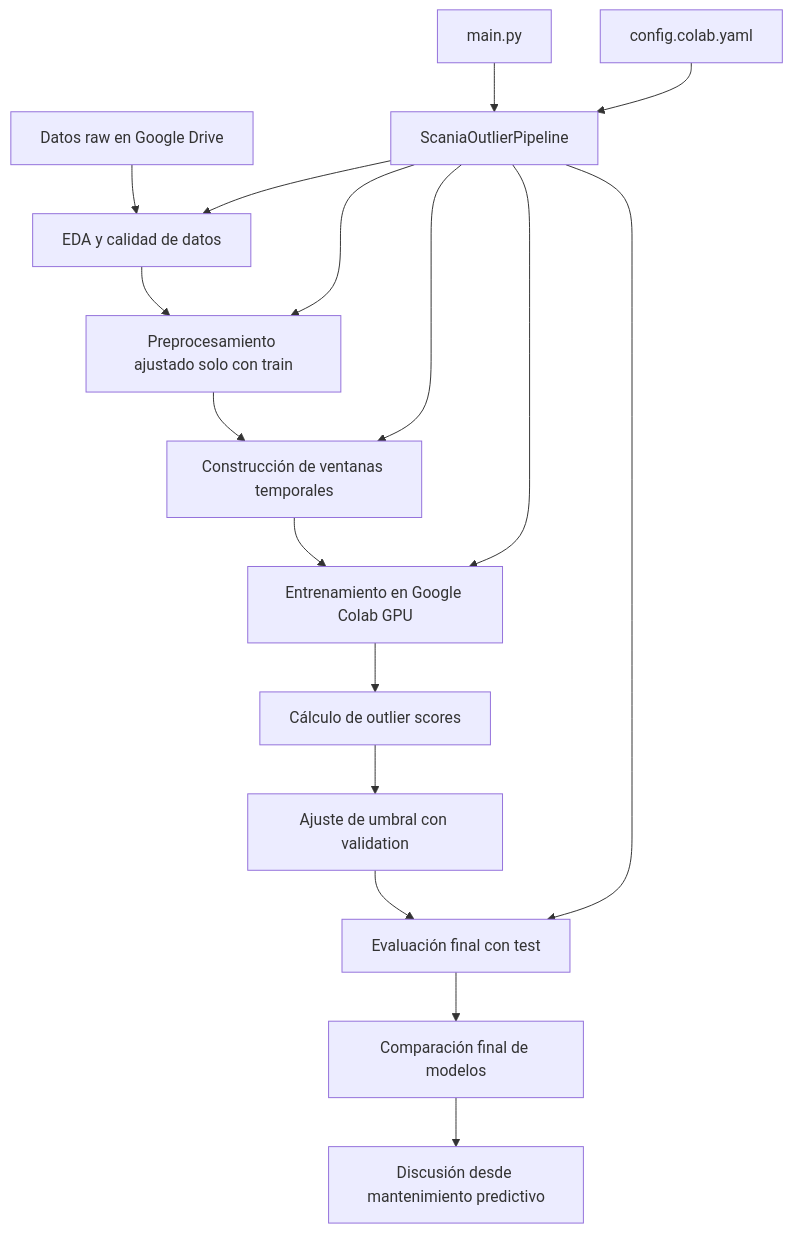
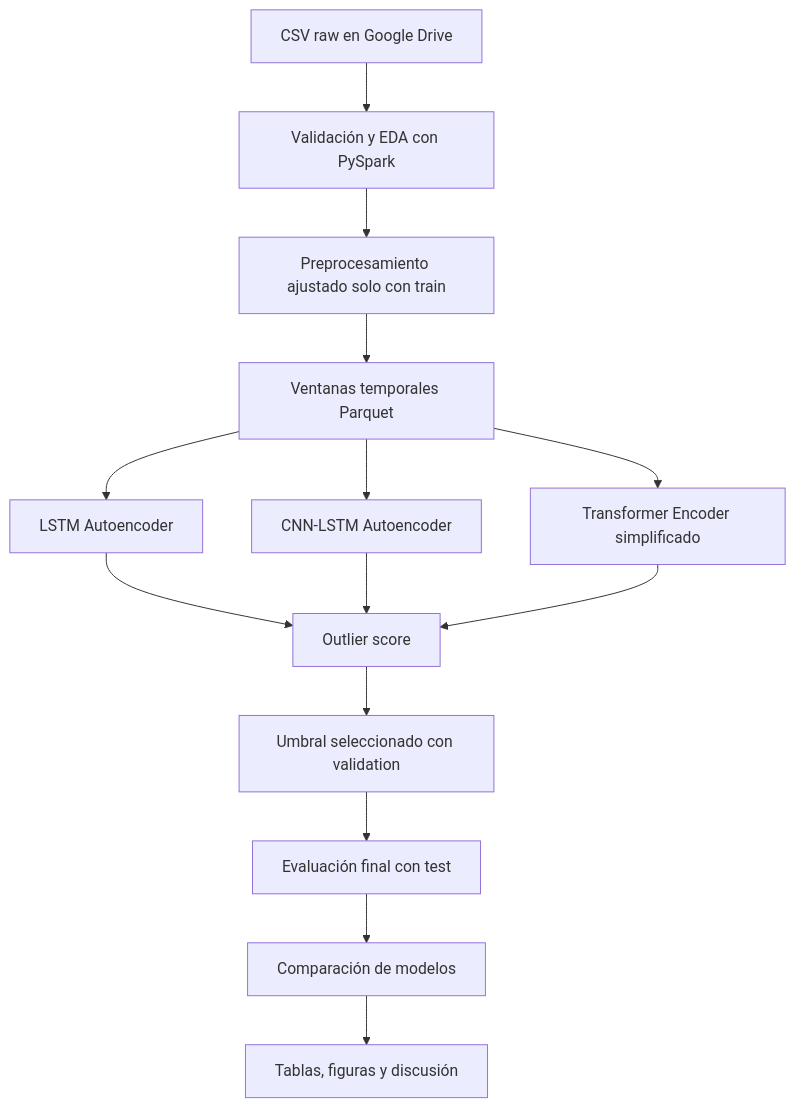
Before and after one commit to ajvilleg10/scania-component-x-outlier-detection: the diagram in scania-component-x-outlier-detection/docs/diagrams/fig_6_1_flujo_metodologico.mmd, drawn with Mermaid. The commit also changed 52 other files, not shown here.

```diff
--- a/scania-component-x-outlier-detection/docs/diagrams/fig_6_1_flujo_metodologico.mmd
+++ b/scania-component-x-outlier-detection/docs/diagrams/fig_6_1_flujo_metodologico.mmd
@@ -1,18 +1,14 @@
 flowchart TD
-    A[Datos raw en Google Drive] --> B[EDA y calidad de datos]
+    A[CSV raw en Google Drive] --> B[Validación y EDA con PySpark]
     B --> C[Preprocesamiento ajustado solo con train]
-    C --> D[Construcción de ventanas temporales]
-    D --> E[Entrenamiento en Google Colab GPU]
-    E --> F[Cálculo de outlier scores]
-    F --> G[Ajuste de umbral con validation]
+    C --> D[Ventanas temporales Parquet]
+    D --> E1[LSTM Autoencoder]
+    D --> E2[CNN-LSTM Autoencoder]
+    D --> E3[Transformer Encoder simplificado]
+    E1 --> F[Outlier score]
+    E2 --> F
+    E3 --> F
+    F --> G[Umbral seleccionado con validation]
     G --> H[Evaluación final con test]
-    H --> I[Comparación final de modelos]
-    I --> J[Discusión desde mantenimiento predictivo]
-
-    K[main.py] --> L[ScaniaOutlierPipeline]
-    M[config.colab.yaml] --> L
-    L --> B
-    L --> C
-    L --> D
-    L --> E
-    L --> H
+    H --> I[Comparación de modelos]
+    I --> J[Tablas, figuras y discusión]
```
